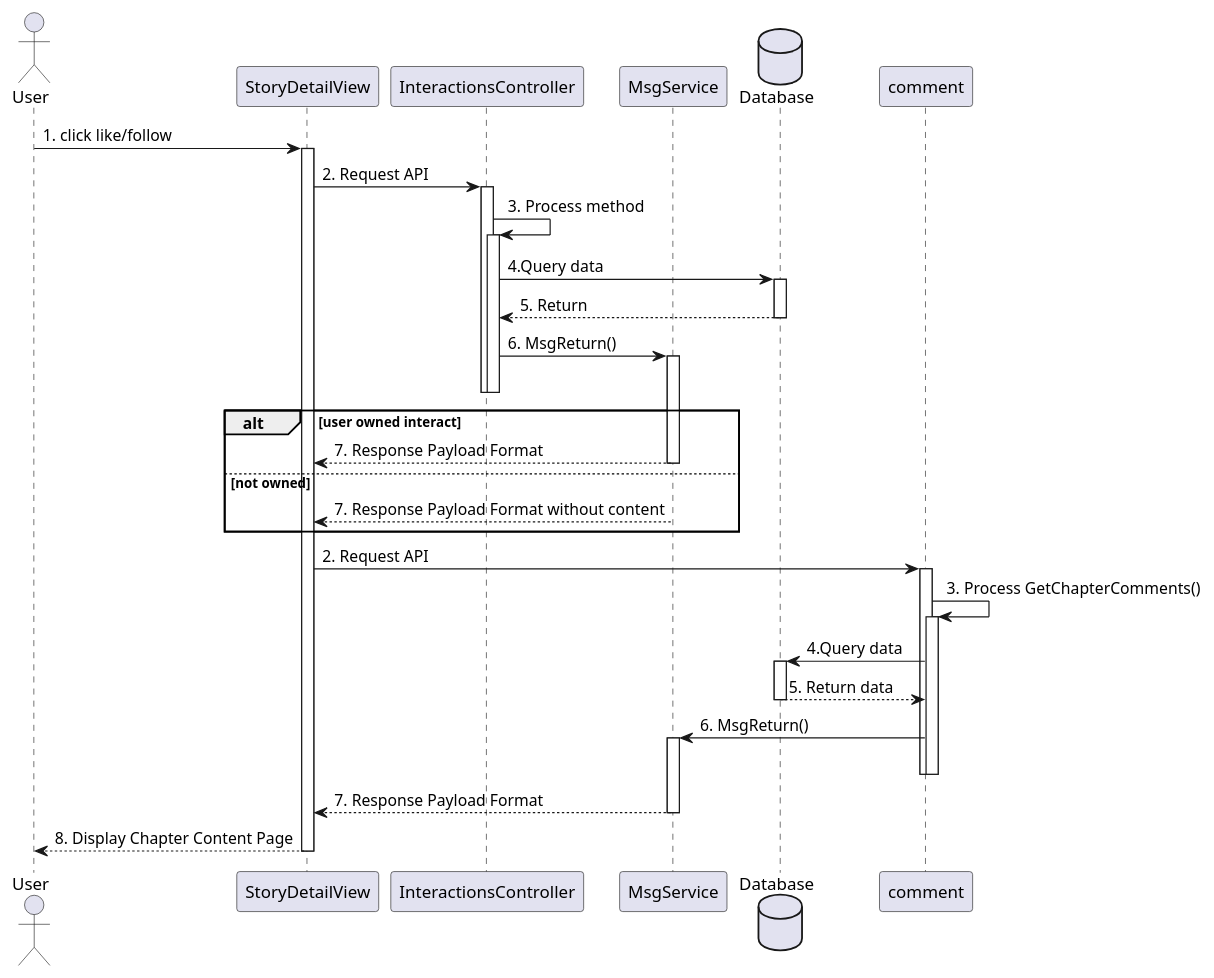
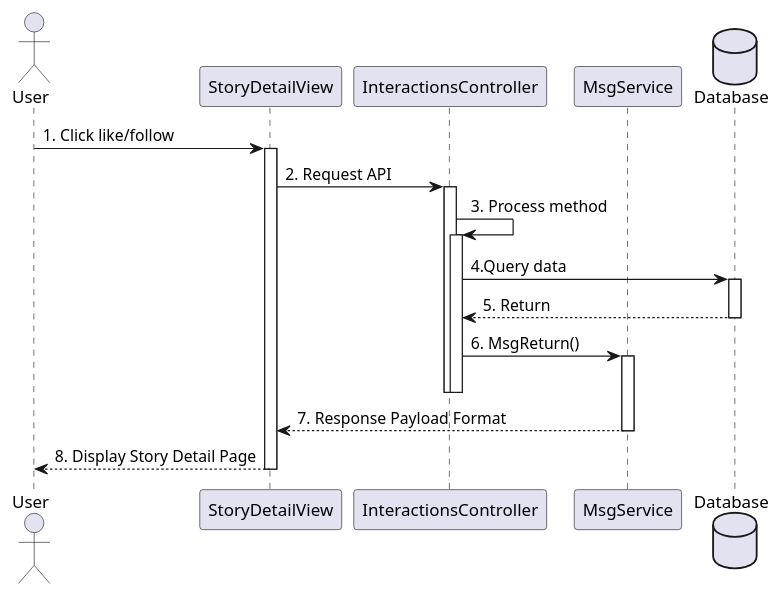
Before and after one commit to baspdd/desktop-tutorial: the diagram in sequence/2.7.1.puml, drawn with PlantUML. The commit also changed 59 other files, not shown here.

```diff
--- a/sequence/2.7.1.puml
+++ b/sequence/2.7.1.puml
@@ -1,30 +1,17 @@
 @startuml
 actor       User       as user
 participant StoryDetailView as view
 participant InteractionsController as interact
 participant MsgService as msgService
 database    Database as db
 
-user -> view ++: 1. click like/follow
+user -> view ++: 1. Click like/follow
 view -> interact ++ : 2. Request API
 interact -> interact ++ : 3. Process method
 interact -> db ++ : 4.Query data
 db --> interact -- : 5. Return
 interact -> msgService ++-- : 6. MsgReturn()
 deactivate interact
-alt user owned interact
-    msgService --> view -- : 7. Response Payload Format
-else not owned
-    msgService --> view -- : 7. Response Payload Format without content
-end
-
-view -> comment ++ : 2. Request API
-comment -> comment ++ : 3. Process GetChapterComments()
-comment -> db ++ : 4.Query data
-db --> comment -- : 5. Return data
-comment -> msgService ++-- : 6. MsgReturn()
-deactivate comment
 msgService --> view -- : 7. Response Payload Format
-
-view --> user -- : 8. Display Chapter Content Page
+view --> user -- : 8. Display Story Detail Page
 @enduml
```
